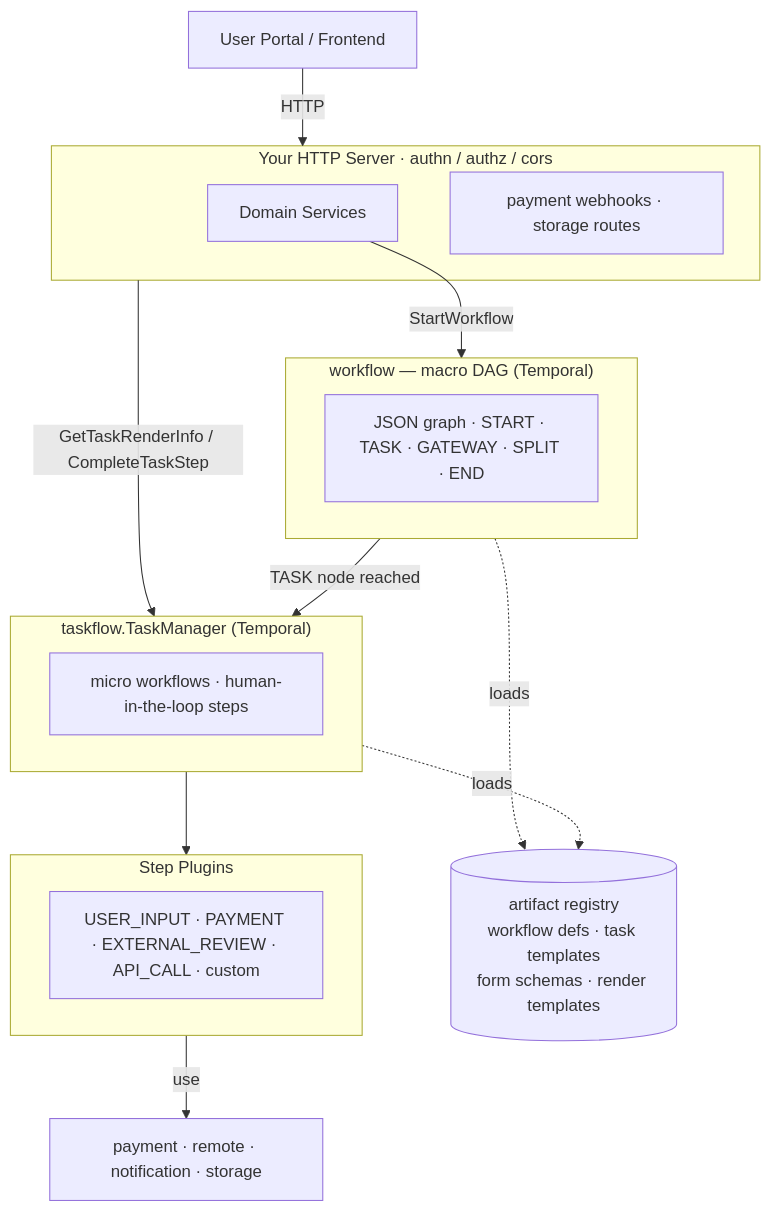
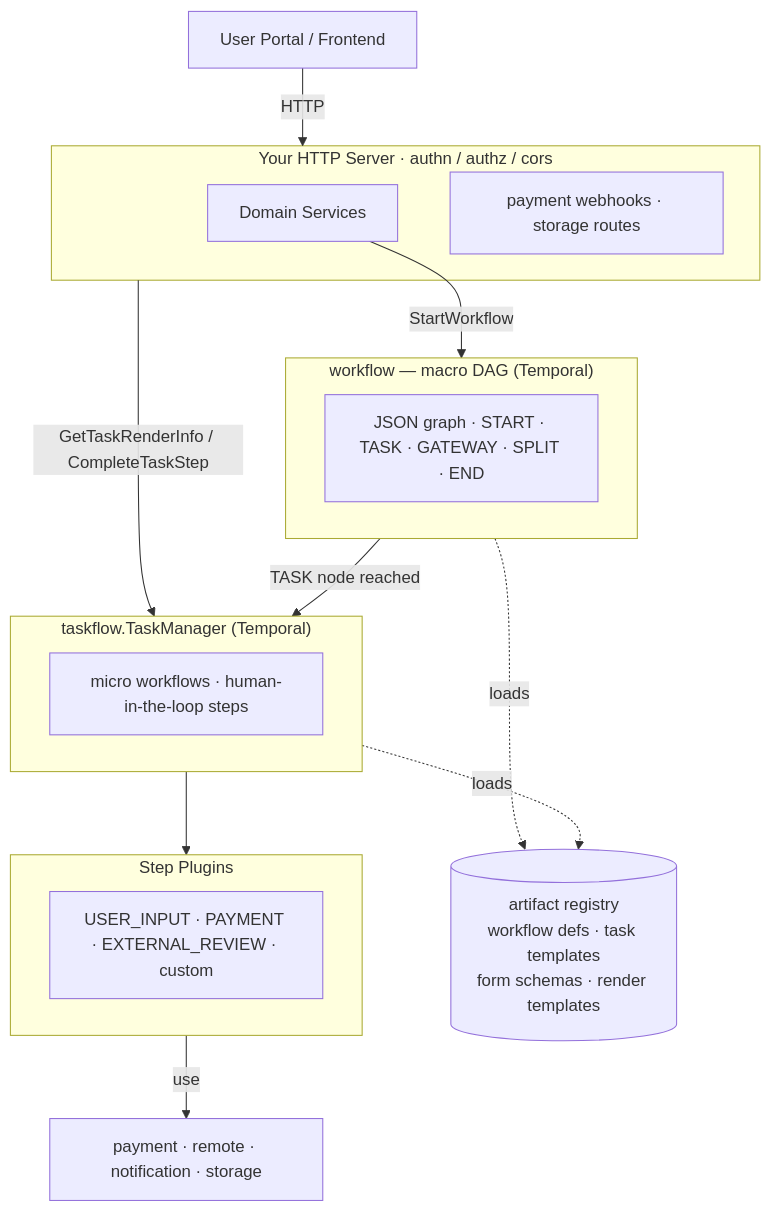
The diagram in README.md (OpenNSW/core), drawn with Mermaid before and after one commit. The commit also changed 9 other files, not shown here.

Commit message:
refactor(taskflow)!: remove the unused raw-URL API_CALL plugin

````diff
--- a/README.md
+++ b/README.md
@@ -62,33 +62,33 @@
 ```mermaid
 flowchart TD
     Portal["User Portal / Frontend"]
 
     subgraph server["Your HTTP Server · authn / authz / cors"]
         DS["Domain Services"]
         SR["payment webhooks · storage routes"]
     end
 
     subgraph macrowf["workflow — macro DAG (Temporal)"]
         WF["JSON graph · START · TASK · GATEWAY · SPLIT · END"]
     end
 
     subgraph microwf["taskflow.TaskManager (Temporal)"]
         TM["micro workflows · human-in-the-loop steps"]
     end
 
     subgraph pluginset["Step Plugins"]
-        P["USER_INPUT · PAYMENT · EXTERNAL_REVIEW · API_CALL · custom"]
+        P["USER_INPUT · PAYMENT · EXTERNAL_REVIEW · custom"]
     end
 
     SS["payment · remote · notification · storage"]
     AR[("artifact registry<br>workflow defs · task templates<br>form schemas · render templates")]
 
     Portal -->|HTTP| server
     DS -->|StartWorkflow| macrowf
     server -->|"GetTaskRenderInfo / CompleteTaskStep"| microwf
     macrowf -->|TASK node reached| microwf
     microwf --> pluginset
     pluginset -->|use| SS
     macrowf -. loads .-> AR
     microwf -. loads .-> AR
 ```
````
